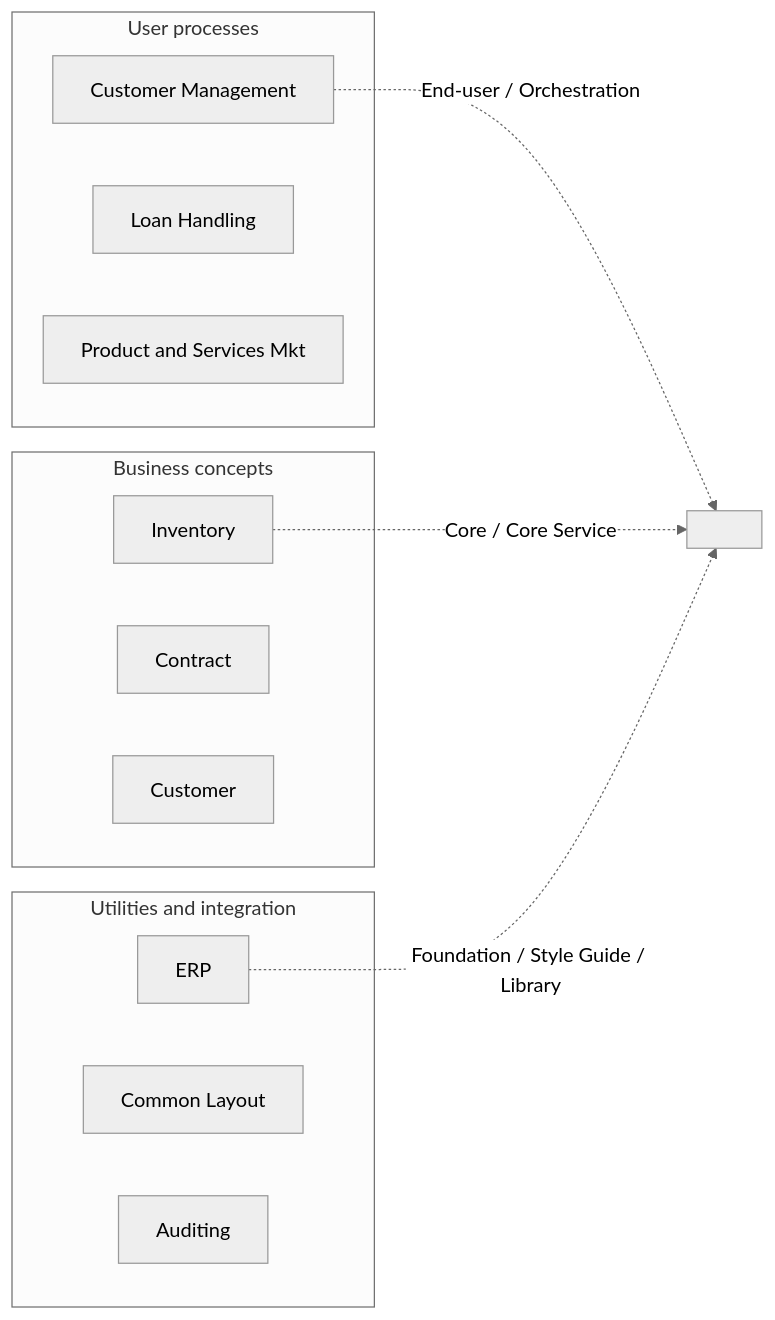
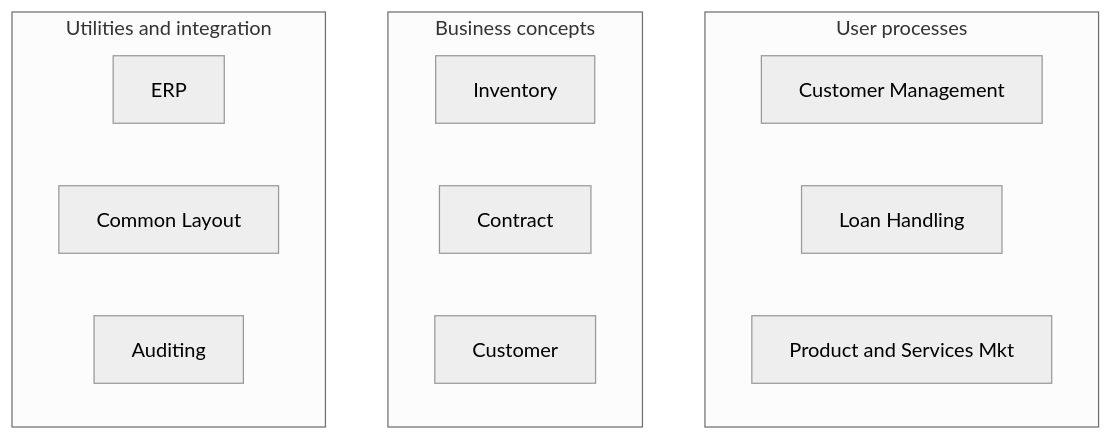
Before and after one commit to kckworld/outsystems_study: the diagram in Architecture Specialist (O11)/02_Chapter3_Concept_Granularity.md, drawn with Mermaid (neutral theme). The commit also changed other lines of this file and 5 other files, not shown here.

````diff
--- a/Architecture Specialist (O11)/02_Chapter3_Concept_Granularity.md
+++ b/Architecture Specialist (O11)/02_Chapter3_Concept_Granularity.md
@@ -12,22 +16,18 @@
 ```mermaid
-graph LR
-  subgraph User processes
-    U1[Customer Management]
-    U2[Loan Handling]
-    U3[Product and Services Mkt]
+graph TD
+  subgraph UP["User processes"]
+    CM["Customer Management"]
+    LH["Loan Handling"]
+    PS["Product and Services Mkt"]
   end
-  subgraph Business concepts
-    B1[Inventory]
-    B2[Contract]
-    B3[Customer]
+  subgraph BC["Business concepts"]
+    Inv["Inventory"]
+    Con["Contract"]
+    Cus["Customer"]
   end
-  subgraph Utilities and integration
-    C1[ERP]
-    C2[Common Layout]
-    C3[Auditing]
+  subgraph UI["Utilities and integration"]
+    ERP["ERP"]
+    CL["Common Layout"]
+    Aud["Auditing"]
   end
-
-  U1 -.->|End-user / Orchestration| X[ ]
-  B1 -.->|Core / Core Service| X
-  C1 -.->|Foundation / Style Guide / Library| X
 ```
````
